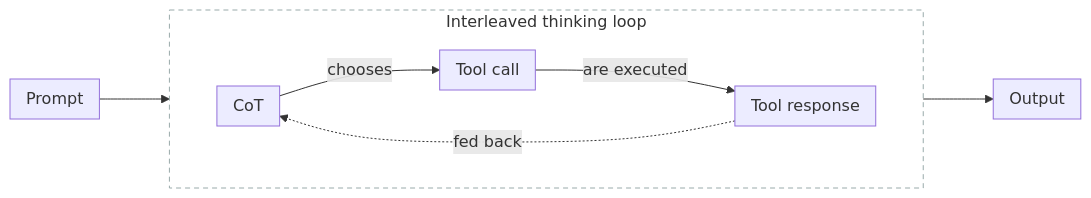
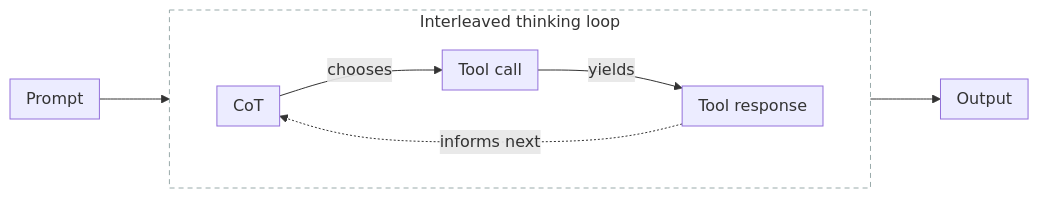
Before and after one commit to pivotools/arc-agi-presentation: the first of 2 diagrams in posts/agentic_coding_arc_agi/presentation.qmd, drawn with Mermaid.

Commit message:
refine mermaid diagrams

````diff
--- a/posts/agentic_coding_arc_agi/presentation.qmd
+++ b/posts/agentic_coding_arc_agi/presentation.qmd
@@ -397,22 +397,22 @@
 ```{mermaid}
 %%| fig-align: center
 %%{init: {"flowchart": {"curve": "basis", "htmlLabels": true, "nodeSpacing": 60, "rankSpacing": 70, "padding": 8}} }%%
 flowchart LR
     Prompt["Prompt"]
     subgraph Loop["Interleaved thinking loop"]
         direction LR
         CoT["CoT"]
         ToolCall["Tool call"]
         ToolResult["Tool response"]
         CoT -->|chooses| ToolCall
-        ToolCall -->|are executed| ToolResult
-        ToolResult -.->|fed back| CoT
+        ToolCall -->|yields| ToolResult
+        ToolResult -.->|informs next| CoT
     end
     Output["Output"]
 
     Prompt --> CoT
     ToolResult --> Output
 
     classDef loopRegion fill:none,stroke:#9aa,stroke-dasharray:5 4;
     class Loop loopRegion;
 ```
````
